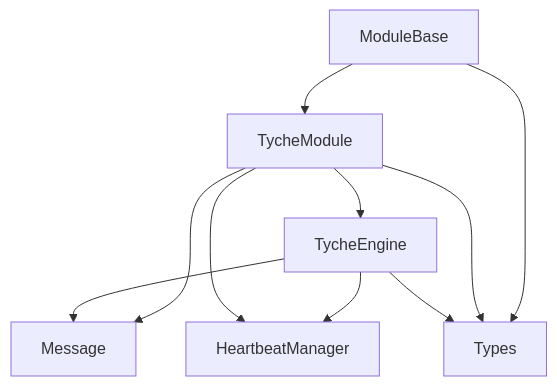
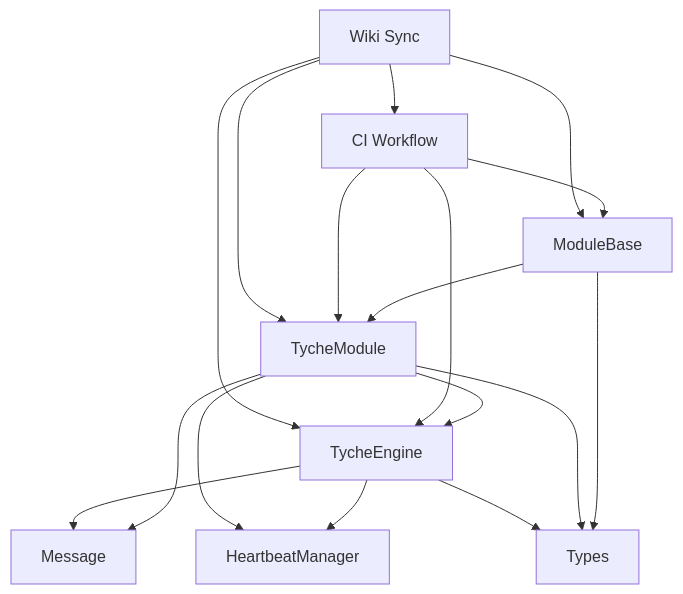
One commit to zt281/TycheEngine changed diagram 11 of 11 in .qoder/repowiki/en/content/Advanced Features/Advanced Features.md. Above: the diagram before and after it, drawn with Mermaid. The commit also changed other lines of this file and 33 other files, not shown here.

````diff
--- a/.qoder/repowiki/en/content/Advanced Features/Advanced Features.md
+++ b/.qoder/repowiki/en/content/Advanced Features/Advanced Features.md
@@ -339,12 +435,19 @@
 ```mermaid
 graph TB
 MB["ModuleBase"] --> M["TycheModule"]
 M --> E["TycheEngine"]
 M --> MSG["Message"]
 E --> MSG
 E --> HB["HeartbeatManager"]
 M --> HB
 MB --> T["Types"]
 M --> T
 E --> T
+CI["CI Workflow"] --> MB
+CI --> M
+CI --> E
+WS["Wiki Sync"] --> CI
+WS --> MB
+WS --> M
+WS --> E
 ```
````
